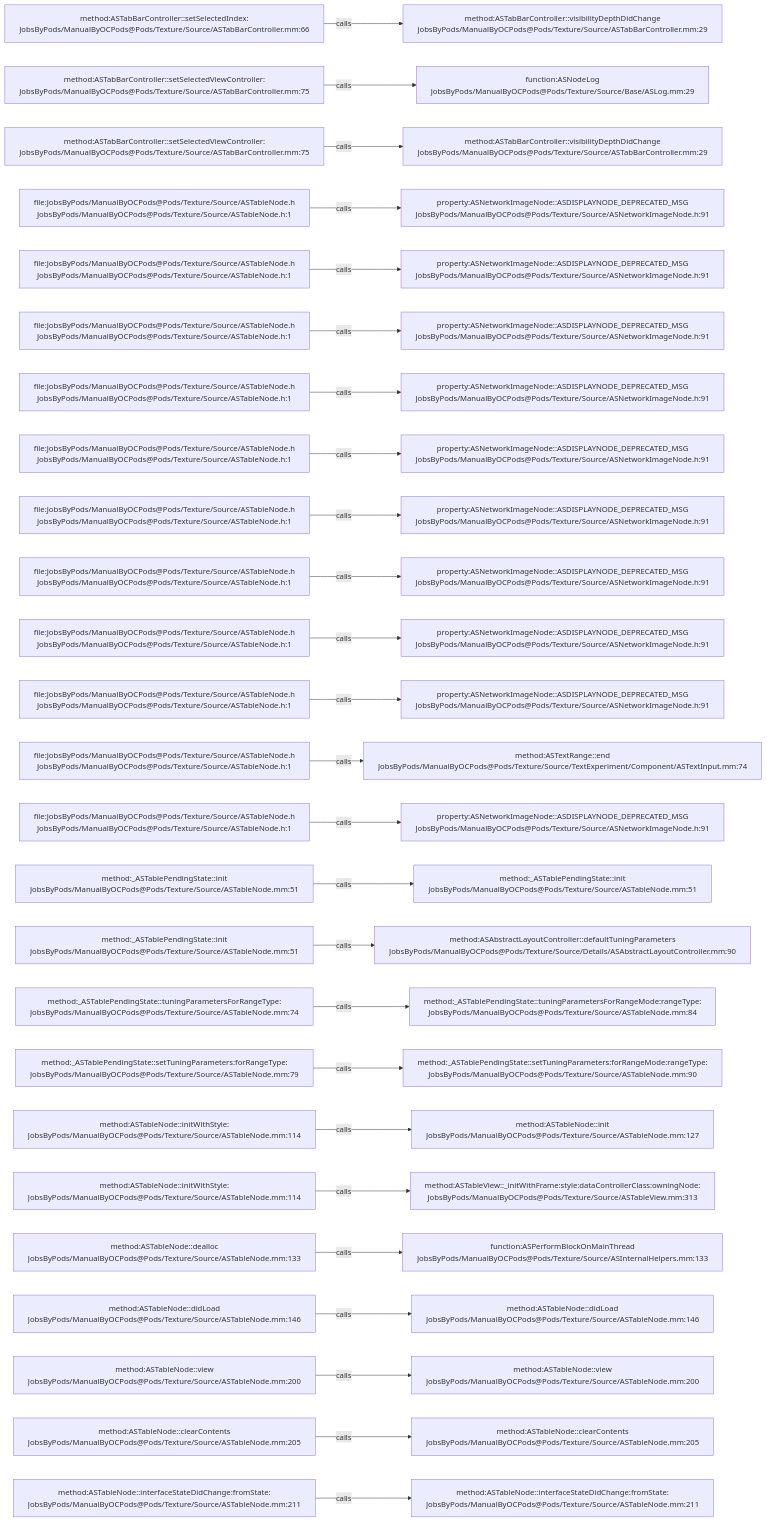
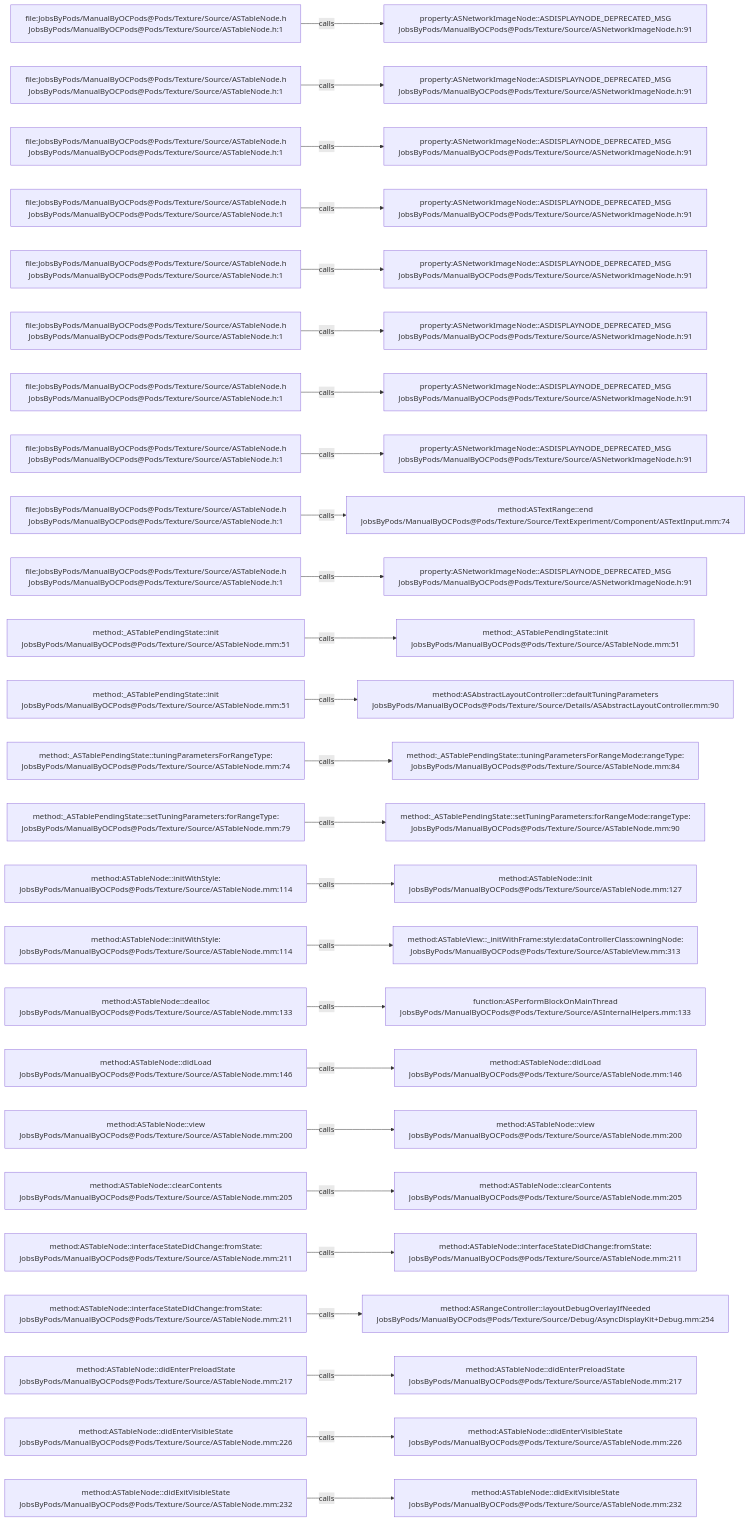
The diagram in .codegraph/codegraph.md/graphs/calls-120.md (JobsKits/JobsOCBaseConfigDemo), drawn with Mermaid before and after one commit. The commit also changed 727 other files, not shown here.

````diff
--- a/.codegraph/codegraph.md/graphs/calls-120.md
+++ b/.codegraph/codegraph.md/graphs/calls-120.md
@@ -13,78 +13,78 @@
 ```mermaid
 flowchart LR
-  S1["method:ASTabBarController::setSelectedIndex:<br/>JobsByPods/ManualByOCPods@Pods/Texture/Source/ASTabBarController.mm:66"]
-  T1["method:ASTabBarController::visibilityDepthDidChange<br/>JobsByPods/ManualByOCPods@Pods/Texture/Source/ASTabBarController.mm:29"]
+  S1["file:JobsByPods/ManualByOCPods@Pods/Texture/Source/ASTableNode.h<br/>JobsByPods/ManualByOCPods@Pods/Texture/Source/ASTableNode.h:1"]
+  T1["property:ASNetworkImageNode::ASDISPLAYNODE_DEPRECATED_MSG<br/>JobsByPods/ManualByOCPods@Pods/Texture/Source/ASNetworkImageNode.h:91"]
   S1 -->|calls| T1
-  S2["method:ASTabBarController::setSelectedViewController:<br/>JobsByPods/ManualByOCPods@Pods/Texture/Source/ASTabBarController.mm:75"]
-  T2["function:ASNodeLog<br/>JobsByPods/ManualByOCPods@Pods/Texture/Source/Base/ASLog.mm:29"]
+  S2["file:JobsByPods/ManualByOCPods@Pods/Texture/Source/ASTableNode.h<br/>JobsByPods/ManualByOCPods@Pods/Texture/Source/ASTableNode.h:1"]
+  T2["property:ASNetworkImageNode::ASDISPLAYNODE_DEPRECATED_MSG<br/>JobsByPods/ManualByOCPods@Pods/Texture/Source/ASNetworkImageNode.h:91"]
   S2 -->|calls| T2
-  S3["method:ASTabBarController::setSelectedViewController:<br/>JobsByPods/ManualByOCPods@Pods/Texture/Source/ASTabBarController.mm:75"]
-  T3["method:ASTabBarController::visibilityDepthDidChange<br/>JobsByPods/ManualByOCPods@Pods/Texture/Source/ASTabBarController.mm:29"]
+  S3["file:JobsByPods/ManualByOCPods@Pods/Texture/Source/ASTableNode.h<br/>JobsByPods/ManualByOCPods@Pods/Texture/Source/ASTableNode.h:1"]
+  T3["property:ASNetworkImageNode::ASDISPLAYNODE_DEPRECATED_MSG<br/>JobsByPods/ManualByOCPods@Pods/Texture/Source/ASNetworkImageNode.h:91"]
   S3 -->|calls| T3
   S4["file:JobsByPods/ManualByOCPods@Pods/Texture/Source/ASTableNode.h<br/>JobsByPods/ManualByOCPods@Pods/Texture/Source/ASTableNode.h:1"]
   T4["property:ASNetworkImageNode::ASDISPLAYNODE_DEPRECATED_MSG<br/>JobsByPods/ManualByOCPods@Pods/Texture/Source/ASNetworkImageNode.h:91"]
   S4 -->|calls| T4
   S5["file:JobsByPods/ManualByOCPods@Pods/Texture/Source/ASTableNode.h<br/>JobsByPods/ManualByOCPods@Pods/Texture/Source/ASTableNode.h:1"]
   T5["property:ASNetworkImageNode::ASDISPLAYNODE_DEPRECATED_MSG<br/>JobsByPods/ManualByOCPods@Pods/Texture/Source/ASNetworkImageNode.h:91"]
   S5 -->|calls| T5
   S6["file:JobsByPods/ManualByOCPods@Pods/Texture/Source/ASTableNode.h<br/>JobsByPods/ManualByOCPods@Pods/Texture/Source/ASTableNode.h:1"]
   T6["property:ASNetworkImageNode::ASDISPLAYNODE_DEPRECATED_MSG<br/>JobsByPods/ManualByOCPods@Pods/Texture/Source/ASNetworkImageNode.h:91"]
   S6 -->|calls| T6
   S7["file:JobsByPods/ManualByOCPods@Pods/Texture/Source/ASTableNode.h<br/>JobsByPods/ManualByOCPods@Pods/Texture/Source/ASTableNode.h:1"]
   T7["property:ASNetworkImageNode::ASDISPLAYNODE_DEPRECATED_MSG<br/>JobsByPods/ManualByOCPods@Pods/Texture/Source/ASNetworkImageNode.h:91"]
   S7 -->|calls| T7
   S8["file:JobsByPods/ManualByOCPods@Pods/Texture/Source/ASTableNode.h<br/>JobsByPods/ManualByOCPods@Pods/Texture/Source/ASTableNode.h:1"]
   T8["property:ASNetworkImageNode::ASDISPLAYNODE_DEPRECATED_MSG<br/>JobsByPods/ManualByOCPods@Pods/Texture/Source/ASNetworkImageNode.h:91"]
   S8 -->|calls| T8
   S9["file:JobsByPods/ManualByOCPods@Pods/Texture/Source/ASTableNode.h<br/>JobsByPods/ManualByOCPods@Pods/Texture/Source/ASTableNode.h:1"]
-  T9["property:ASNetworkImageNode::ASDISPLAYNODE_DEPRECATED_MSG<br/>JobsByPods/ManualByOCPods@Pods/Texture/Source/ASNetworkImageNode.h:91"]
+  T9["method:ASTextRange::end<br/>JobsByPods/ManualByOCPods@Pods/Texture/Source/TextExperiment/Component/ASTextInput.mm:74"]
   S9 -->|calls| T9
   S10["file:JobsByPods/ManualByOCPods@Pods/Texture/Source/ASTableNode.h<br/>JobsByPods/ManualByOCPods@Pods/Texture/Source/ASTableNode.h:1"]
   T10["property:ASNetworkImageNode::ASDISPLAYNODE_DEPRECATED_MSG<br/>JobsByPods/ManualByOCPods@Pods/Texture/Source/ASNetworkImageNode.h:91"]
   S10 -->|calls| T10
-  S11["file:JobsByPods/ManualByOCPods@Pods/Texture/Source/ASTableNode.h<br/>JobsByPods/ManualByOCPods@Pods/Texture/Source/ASTableNode.h:1"]
-  T11["property:ASNetworkImageNode::ASDISPLAYNODE_DEPRECATED_MSG<br/>JobsByPods/ManualByOCPods@Pods/Texture/Source/ASNetworkImageNode.h:91"]
+  S11["method:_ASTablePendingState::init<br/>JobsByPods/ManualByOCPods@Pods/Texture/Source/ASTableNode.mm:51"]
+  T11["method:_ASTablePendingState::init<br/>JobsByPods/ManualByOCPods@Pods/Texture/Source/ASTableNode.mm:51"]
   S11 -->|calls| T11
-  S12["file:JobsByPods/ManualByOCPods@Pods/Texture/Source/ASTableNode.h<br/>JobsByPods/ManualByOCPods@Pods/Texture/Source/ASTableNode.h:1"]
-  T12["property:ASNetworkImageNode::ASDISPLAYNODE_DEPRECATED_MSG<br/>JobsByPods/ManualByOCPods@Pods/Texture/Source/ASNetworkImageNode.h:91"]
+  S12["method:_ASTablePendingState::init<br/>JobsByPods/ManualByOCPods@Pods/Texture/Source/ASTableNode.mm:51"]
+  T12["method:ASAbstractLayoutController::defaultTuningParameters<br/>JobsByPods/ManualByOCPods@Pods/Texture/Source/Details/ASAbstractLayoutController.mm:90"]
   S12 -->|calls| T12
-  S13["file:JobsByPods/ManualByOCPods@Pods/Texture/Source/ASTableNode.h<br/>JobsByPods/ManualByOCPods@Pods/Texture/Source/ASTableNode.h:1"]
-  T13["method:ASTextRange::end<br/>JobsByPods/ManualByOCPods@Pods/Texture/Source/TextExperiment/Component/ASTextInput.mm:74"]
+  S13["method:_ASTablePendingState::tuningParametersForRangeType:<br/>JobsByPods/ManualByOCPods@Pods/Texture/Source/ASTableNode.mm:74"]
+  T13["method:_ASTablePendingState::tuningParametersForRangeMode:rangeType:<br/>JobsByPods/ManualByOCPods@Pods/Texture/Source/ASTableNode.mm:84"]
   S13 -->|calls| T13
-  S14["file:JobsByPods/ManualByOCPods@Pods/Texture/Source/ASTableNode.h<br/>JobsByPods/ManualByOCPods@Pods/Texture/Source/ASTableNode.h:1"]
-  T14["property:ASNetworkImageNode::ASDISPLAYNODE_DEPRECATED_MSG<br/>JobsByPods/ManualByOCPods@Pods/Texture/Source/ASNetworkImageNode.h:91"]
+  S14["method:_ASTablePendingState::setTuningParameters:forRangeType:<br/>JobsByPods/ManualByOCPods@Pods/Texture/Source/ASTableNode.mm:79"]
+  T14["method:_ASTablePendingState::setTuningParameters:forRangeMode:rangeType:<br/>JobsByPods/ManualByOCPods@Pods/Texture/Source/ASTableNode.mm:90"]
   S14 -->|calls| T14
-  S15["method:_ASTablePendingState::init<br/>JobsByPods/ManualByOCPods@Pods/Texture/Source/ASTableNode.mm:51"]
-  T15["method:_ASTablePendingState::init<br/>JobsByPods/ManualByOCPods@Pods/Texture/Source/ASTableNode.mm:51"]
+  S15["method:ASTableNode::initWithStyle:<br/>JobsByPods/ManualByOCPods@Pods/Texture/Source/ASTableNode.mm:114"]
+  T15["method:ASTableNode::init<br/>JobsByPods/ManualByOCPods@Pods/Texture/Source/ASTableNode.mm:127"]
   S15 -->|calls| T15
-  S16["method:_ASTablePendingState::init<br/>JobsByPods/ManualByOCPods@Pods/Texture/Source/ASTableNode.mm:51"]
-  T16["method:ASAbstractLayoutController::defaultTuningParameters<br/>JobsByPods/ManualByOCPods@Pods/Texture/Source/Details/ASAbstractLayoutController.mm:90"]
+  S16["method:ASTableNode::initWithStyle:<br/>JobsByPods/ManualByOCPods@Pods/Texture/Source/ASTableNode.mm:114"]
+  T16["method:ASTableView::_initWithFrame:style:dataControllerClass:owningNode:<br/>JobsByPods/ManualByOCPods@Pods/Texture/Source/ASTableView.mm:313"]
   S16 -->|calls| T16
-  S17["method:_ASTablePendingState::tuningParametersForRangeType:<br/>JobsByPods/ManualByOCPods@Pods/Texture/Source/ASTableNode.mm:74"]
-  T17["method:_ASTablePendingState::tuningParametersForRangeMode:rangeType:<br/>JobsByPods/ManualByOCPods@Pods/Texture/Source/ASTableNode.mm:84"]
+  S17["method:ASTableNode::dealloc<br/>JobsByPods/ManualByOCPods@Pods/Texture/Source/ASTableNode.mm:133"]
+  T17["function:ASPerformBlockOnMainThread<br/>JobsByPods/ManualByOCPods@Pods/Texture/Source/ASInternalHelpers.mm:133"]
   S17 -->|calls| T17
-  S18["method:_ASTablePendingState::setTuningParameters:forRangeType:<br/>JobsByPods/ManualByOCPods@Pods/Texture/Source/ASTableNode.mm:79"]
-  T18["method:_ASTablePendingState::setTuningParameters:forRangeMode:rangeType:<br/>JobsByPods/ManualByOCPods@Pods/Texture/Source/ASTableNode.mm:90"]
+  S18["method:ASTableNode::didLoad<br/>JobsByPods/ManualByOCPods@Pods/Texture/Source/ASTableNode.mm:146"]
+  T18["method:ASTableNode::didLoad<br/>JobsByPods/ManualByOCPods@Pods/Texture/Source/ASTableNode.mm:146"]
   S18 -->|calls| T18
-  S19["method:ASTableNode::initWithStyle:<br/>JobsByPods/ManualByOCPods@Pods/Texture/Source/ASTableNode.mm:114"]
-  T19["method:ASTableNode::init<br/>JobsByPods/ManualByOCPods@Pods/Texture/Source/ASTableNode.mm:127"]
+  S19["method:ASTableNode::view<br/>JobsByPods/ManualByOCPods@Pods/Texture/Source/ASTableNode.mm:200"]
+  T19["method:ASTableNode::view<br/>JobsByPods/ManualByOCPods@Pods/Texture/Source/ASTableNode.mm:200"]
   S19 -->|calls| T19
-  S20["method:ASTableNode::initWithStyle:<br/>JobsByPods/ManualByOCPods@Pods/Texture/Source/ASTableNode.mm:114"]
-  T20["method:ASTableView::_initWithFrame:style:dataControllerClass:owningNode:<br/>JobsByPods/ManualByOCPods@Pods/Texture/Source/ASTableView.mm:313"]
+  S20["method:ASTableNode::clearContents<br/>JobsByPods/ManualByOCPods@Pods/Texture/Source/ASTableNode.mm:205"]
+  T20["method:ASTableNode::clearContents<br/>JobsByPods/ManualByOCPods@Pods/Texture/Source/ASTableNode.mm:205"]
   S20 -->|calls| T20
-  S21["method:ASTableNode::dealloc<br/>JobsByPods/ManualByOCPods@Pods/Texture/Source/ASTableNode.mm:133"]
-  T21["function:ASPerformBlockOnMainThread<br/>JobsByPods/ManualByOCPods@Pods/Texture/Source/ASInternalHelpers.mm:133"]
+  S21["method:ASTableNode::interfaceStateDidChange:fromState:<br/>JobsByPods/ManualByOCPods@Pods/Texture/Source/ASTableNode.mm:211"]
+  T21["method:ASTableNode::interfaceStateDidChange:fromState:<br/>JobsByPods/ManualByOCPods@Pods/Texture/Source/ASTableNode.mm:211"]
   S21 -->|calls| T21
-  S22["method:ASTableNode::didLoad<br/>JobsByPods/ManualByOCPods@Pods/Texture/Source/ASTableNode.mm:146"]
-  T22["method:ASTableNode::didLoad<br/>JobsByPods/ManualByOCPods@Pods/Texture/Source/ASTableNode.mm:146"]
+  S22["method:ASTableNode::interfaceStateDidChange:fromState:<br/>JobsByPods/ManualByOCPods@Pods/Texture/Source/ASTableNode.mm:211"]
+  T22["method:ASRangeController::layoutDebugOverlayIfNeeded<br/>JobsByPods/ManualByOCPods@Pods/Texture/Source/Debug/AsyncDisplayKit+Debug.mm:254"]
   S22 -->|calls| T22
-  S23["method:ASTableNode::view<br/>JobsByPods/ManualByOCPods@Pods/Texture/Source/ASTableNode.mm:200"]
-  T23["method:ASTableNode::view<br/>JobsByPods/ManualByOCPods@Pods/Texture/Source/ASTableNode.mm:200"]
+  S23["method:ASTableNode::didEnterPreloadState<br/>JobsByPods/ManualByOCPods@Pods/Texture/Source/ASTableNode.mm:217"]
+  T23["method:ASTableNode::didEnterPreloadState<br/>JobsByPods/ManualByOCPods@Pods/Texture/Source/ASTableNode.mm:217"]
   S23 -->|calls| T23
-  S24["method:ASTableNode::clearContents<br/>JobsByPods/ManualByOCPods@Pods/Texture/Source/ASTableNode.mm:205"]
-  T24["method:ASTableNode::clearContents<br/>JobsByPods/ManualByOCPods@Pods/Texture/Source/ASTableNode.mm:205"]
+  S24["method:ASTableNode::didEnterVisibleState<br/>JobsByPods/ManualByOCPods@Pods/Texture/Source/ASTableNode.mm:226"]
+  T24["method:ASTableNode::didEnterVisibleState<br/>JobsByPods/ManualByOCPods@Pods/Texture/Source/ASTableNode.mm:226"]
   S24 -->|calls| T24
-  S25["method:ASTableNode::interfaceStateDidChange:fromState:<br/>JobsByPods/ManualByOCPods@Pods/Texture/Source/ASTableNode.mm:211"]
-  T25["method:ASTableNode::interfaceStateDidChange:fromState:<br/>JobsByPods/ManualByOCPods@Pods/Texture/Source/ASTableNode.mm:211"]
+  S25["method:ASTableNode::didExitVisibleState<br/>JobsByPods/ManualByOCPods@Pods/Texture/Source/ASTableNode.mm:232"]
+  T25["method:ASTableNode::didExitVisibleState<br/>JobsByPods/ManualByOCPods@Pods/Texture/Source/ASTableNode.mm:232"]
   S25 -->|calls| T25
 ```
````
